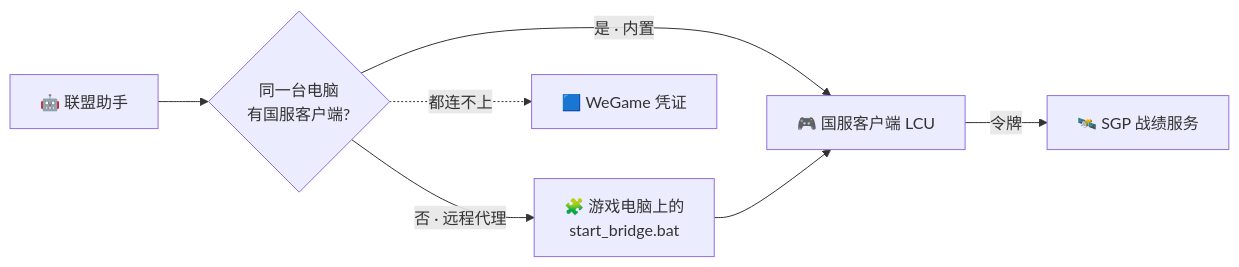
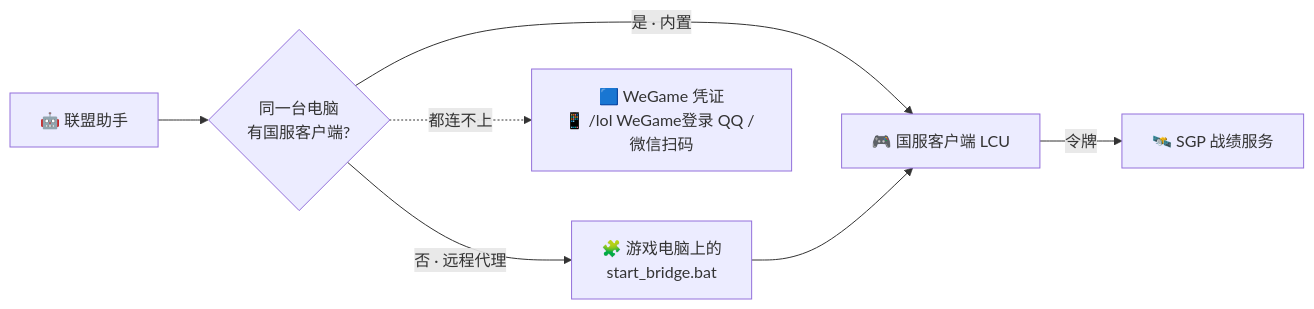
The third of 3 diagrams in README.md (horizoe10/astrbot_plugin_lolhelper), drawn with Mermaid before and after one commit. The commit also changed other lines of this file and 8 other files, not shown here.

````diff
--- a/README.md
+++ b/README.md
@@ -124,9 +124,9 @@
 ```mermaid
 flowchart LR
   B[🤖 联盟助手] --> Q{同一台电脑<br/>有国服客户端?}
   Q -->|是 · 内置| L[🎮 国服客户端 LCU]
   Q -->|否 · 远程代理| P[🧩 游戏电脑上的<br/>start_bridge.bat]
-  Q -.->|都连不上| W[🟦 WeGame 凭证]
+  Q -.->|都连不上| W[🟦 WeGame 凭证<br/>📱 /lol WeGame登录 QQ / 微信扫码]
   P --> L
   L -- 令牌 --> S[🛰️ SGP 战绩服务]
 ```
````
